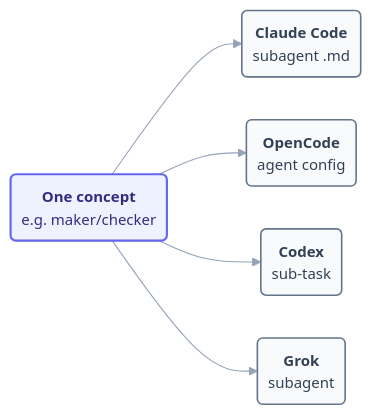
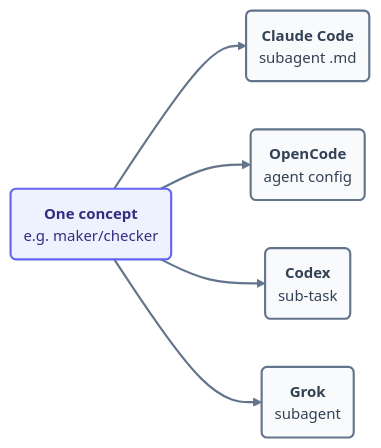
The diagram in docs/02-foundations/primitives-matrix.md (ayeshakhalid192007-dev/LoopEngineering-CrashCourse), drawn with Mermaid before and after one commit. The commit also changed 66 other files, not shown here.

First line of the commit message:
docs(diagrams): bolden and unify all 70 mermaid diagrams

````diff
--- a/docs/02-foundations/primitives-matrix.md
+++ b/docs/02-foundations/primitives-matrix.md
@@ -31,10 +31,11 @@
 ```mermaid
-%%{init: {'theme':'base','themeVariables':{'fontFamily':'ui-sans-serif, system-ui, sans-serif','fontSize':'14px','lineColor':'#94a3b8'},'flowchart':{'curve':'basis','nodeSpacing':40,'rankSpacing':70,'padding':10}}}%%
+%%{init: {'theme':'base','themeVariables':{'fontFamily':'ui-sans-serif, system-ui, sans-serif','fontSize':'14px','lineColor':'#64748b','edgeLabelBackground':'#f8fafc'},'flowchart':{'curve':'basis','nodeSpacing':45,'rankSpacing':70,'padding':12}}}%%
 flowchart LR
     CONCEPT("<b>One concept</b><br/>e.g. maker/checker"):::concept --> CC("<b>Claude Code</b><br/>subagent .md"):::tool
     CONCEPT --> OC("<b>OpenCode</b><br/>agent config"):::tool
     CONCEPT --> CX("<b>Codex</b><br/>sub-task"):::tool
     CONCEPT --> GK("<b>Grok</b><br/>subagent"):::tool
+    linkStyle default stroke:#64748b,stroke-width:2px;
     classDef concept fill:#eef2ff,stroke:#6366f1,stroke-width:2px,color:#312e81;
-    classDef tool fill:#f8fafc,stroke:#64748b,stroke-width:1.5px,color:#334155;
+    classDef tool fill:#f8fafc,stroke:#64748b,stroke-width:2px,color:#334155;
 ```
````
